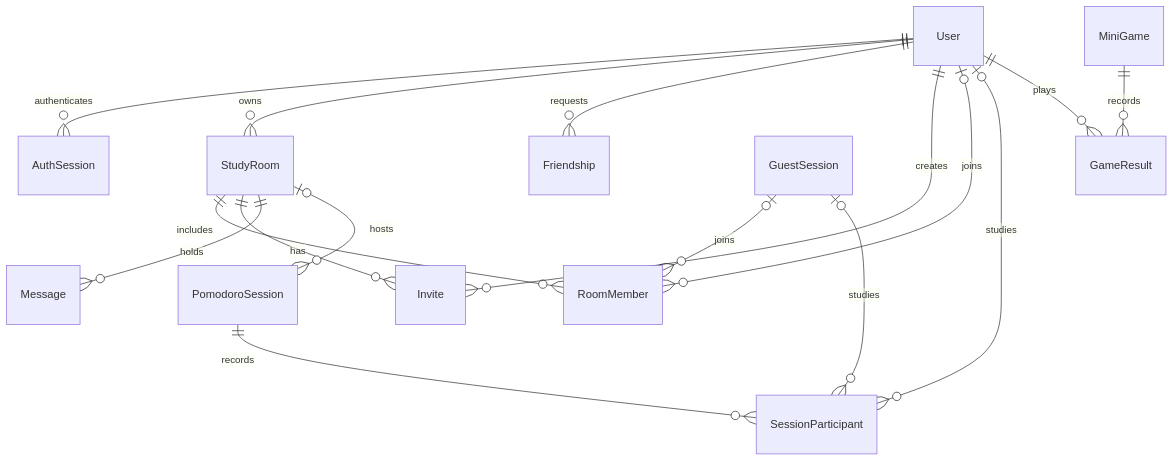
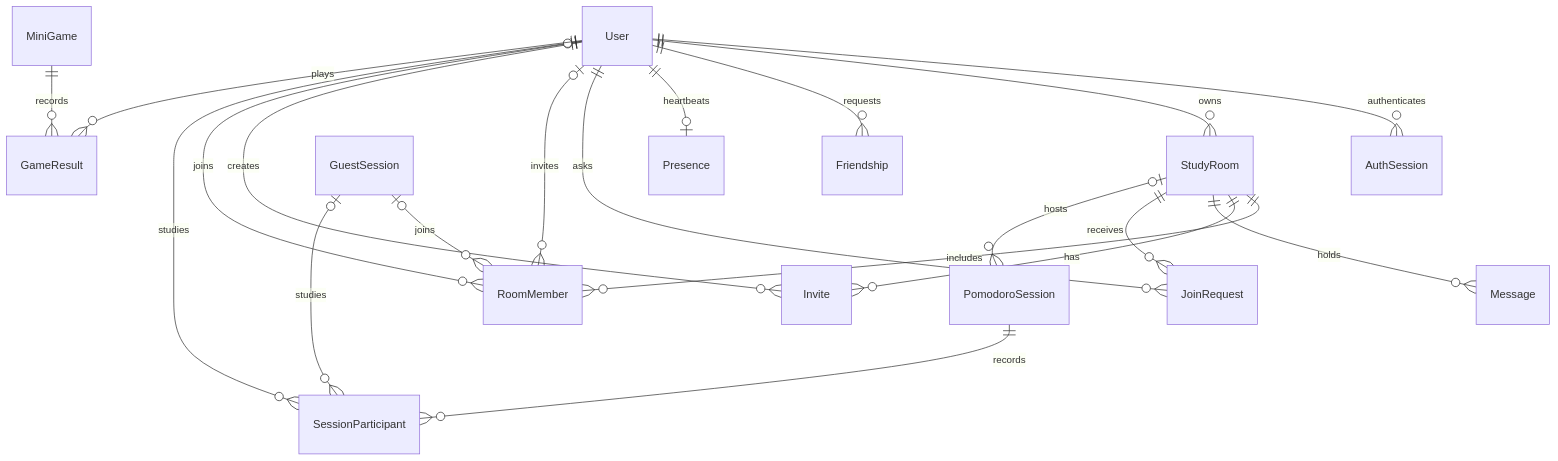
Before and after one commit to marcosls13/WePomodoro: the diagram in backend/docs/backend.md, drawn with Mermaid. The commit also changed other lines of this file, not shown here.

````diff
--- a/backend/docs/backend.md
+++ b/backend/docs/backend.md
@@ -402,18 +412,22 @@
 ```mermaid
 erDiagram
   User ||--o{ AuthSession : authenticates
   User ||--o{ StudyRoom : owns
   StudyRoom ||--o{ RoomMember : includes
   StudyRoom ||--o{ Invite : has
   StudyRoom ||--o{ Message : holds
   User ||--o{ Friendship : requests
+  User ||--o| Presence : heartbeats
+  StudyRoom ||--o{ JoinRequest : receives
+  User ||--o{ JoinRequest : asks
+  User o|--o{ RoomMember : invites
   User ||--o{ Invite : creates
   User o|--o{ RoomMember : joins
   GuestSession o|--o{ RoomMember : joins
   StudyRoom o|--o{ PomodoroSession : hosts
   PomodoroSession ||--o{ SessionParticipant : records
   User o|--o{ SessionParticipant : studies
   GuestSession o|--o{ SessionParticipant : studies
   User ||--o{ GameResult : plays
   MiniGame ||--o{ GameResult : records
 ```
````
